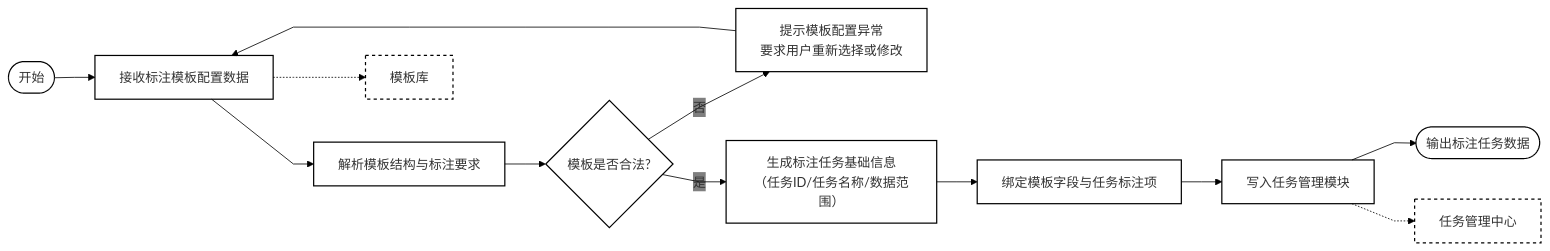
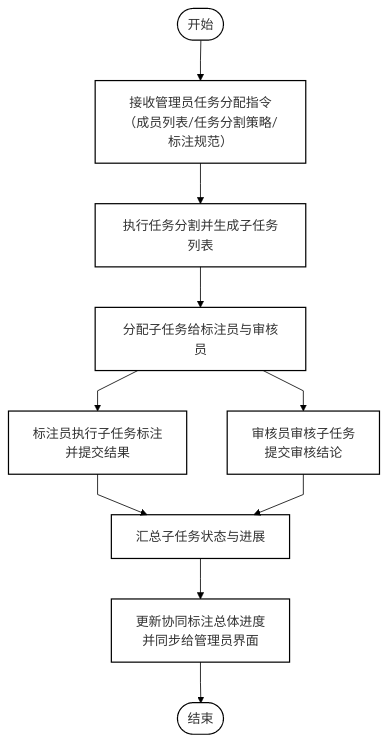
Before and after one commit to dremup/iodraw-files: the diagram in all/未命名-1.md, drawn with Mermaid.

Commit message:
2025-11-14 16:08:21 update

````diff
--- a/all/未命名-1.md
+++ b/all/未命名-1.md
@@ -1,46 +1,37 @@
 ```mermaid
 %%{init:{
-  "flowchart":{"direction":"LR","curve":"linear","htmlLabels":true},
+  "flowchart":{"direction":"TB","curve":"linear","htmlLabels":true},
   "themeVariables":{
     "background":"transparent",
     "edgeLabelBackground":"transparent",
     "primaryTextColor":"#000",
     "lineColor":"#000",
     "fontSize":"16px"
   },
   "themeCSS":".edgeLabel rect{fill:transparent!important;stroke:transparent!important;}"
 }}%%
-flowchart LR
+flowchart TB
 
-  A([开始]):::ellipse --> B[接收标注模板配置数据]:::rect
-  B --> C[解析模板结构与标注要求]:::rect
+  A([开始]):::ellipse --> B[接收管理员任务分配指令<br/>（成员列表/任务分割策略/标注规范）]:::rect
+  B --> C[执行任务分割并生成子任务列表]:::rect
+  C --> D[分配子任务给标注员与审核员]:::rect
 
-  %% 分支判断
-  C --> D{模板是否合法?}:::diamond
+  %% 并行逻辑段
+  D --> E1[标注员执行子任务标注<br/>并提交结果]:::rect
+  D --> E2[审核员审核子任务<br/>提交审核结论]:::rect
 
-  %% 不合法分支
-  D -->|否| E[提示模板配置异常<br/>要求用户重新选择或修改]:::rect
-  E --> B
+  %% 汇总段
+  E1 --> F[汇总子任务状态与进展]:::rect
+  E2 --> F
 
-  %% 合法主流程
-  D -->|是| F[生成标注任务基础信息<br/>（任务ID/任务名称/数据范围）]:::rect
-  F --> G[绑定模板字段与任务标注项]:::rect
-  G --> H[写入任务管理模块]:::rect
-  H --> I([输出标注任务数据]):::ellipse
-
-  %% 辅助节点
-  B -.-> M[模板库]:::dashed
-  H -.-> N[任务管理中心]:::dashed
+  F --> G[更新协同标注总体进度<br/>并同步给管理员界面]:::rect
+  G --> H([结束]):::ellipse
 
   %% 样式定义
-  classDef ellipse fill:transparent,stroke:#000,stroke-width:1.5px,rx:20,ry:20;
+  classDef ellipse fill:transparent,stroke:#000,stroke-width:1.5px,rx:22,ry:22;
   classDef rect fill:transparent,stroke:#000,stroke-width:1.5px;
-  classDef diamond fill:transparent,stroke:#000,stroke-width:1.5px;
-  classDef dashed fill:transparent,stroke:#000,stroke-width:1.5px,stroke-dasharray:4 4;
 
-  class A,I ellipse;
-  class B,C,E,F,G,H rect;
-  class D diamond;
-  class M,N dashed;
+  class A,H ellipse;
+  class B,C,D,E1,E2,F,G rect;
 
 ```
````
